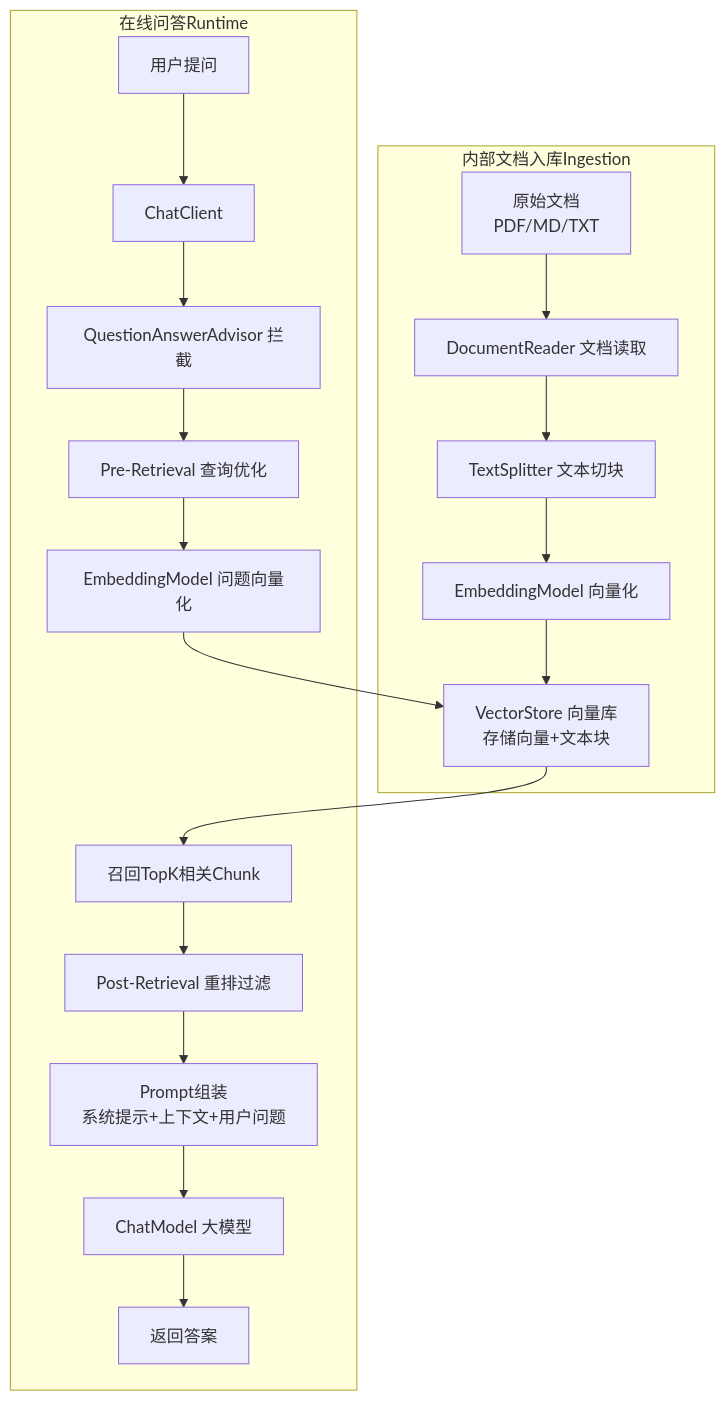
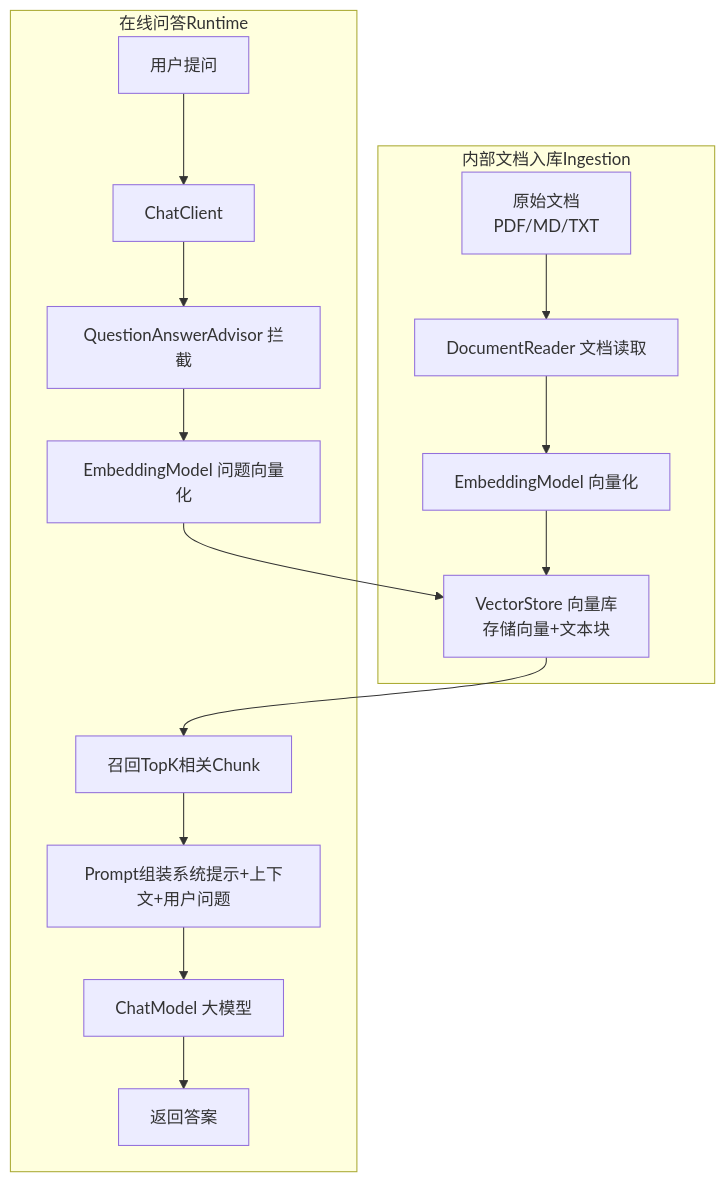
The eighth of 8 diagrams in README.md (1reaikeyi/flowerpay-ai), drawn with Mermaid before and after one commit. The commit also changed other lines of this file and 212 other files, not shown here.

````diff
--- a/README.md
+++ b/README.md
@@ -511,24 +499,21 @@
 ```mermaid
 flowchart TD
     subgraph 内部文档入库Ingestion
         D[原始文档<br/>PDF/MD/TXT]
         D --> DR[DocumentReader 文档读取]
-        DR --> TS[TextSplitter 文本切块]
-        TS --> EM1[EmbeddingModel 向量化]
+        DR --> EM1[EmbeddingModel 向量化]
         EM1 --> VS[VectorStore 向量库<br/>存储向量+文本块]
     end
 
     subgraph 在线问答Runtime
         U[用户提问]
         U --> CC[ChatClient]
         CC --> QA[QuestionAnswerAdvisor 拦截]
-        QA --> QT[Pre-Retrieval 查询优化]
-        QT --> EM2[EmbeddingModel 问题向量化]
+        QA -->  EM2[EmbeddingModel 问题向量化]
         EM2 --> VS
         VS --> R[召回TopK相关Chunk]
-        R --> RR[Post-Retrieval 重排过滤]
-        RR --> P[Prompt组装<br/>系统提示+上下文+用户问题]
+        R --> P[Prompt组装系统提示+上下文+用户问题]
         P --> LLM[ChatModel 大模型]
         LLM --> A[返回答案]
     end
 ```
````
